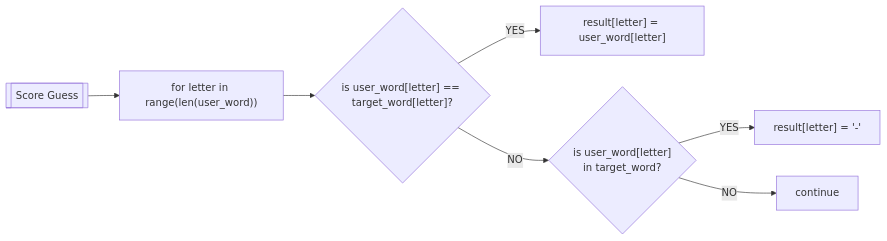
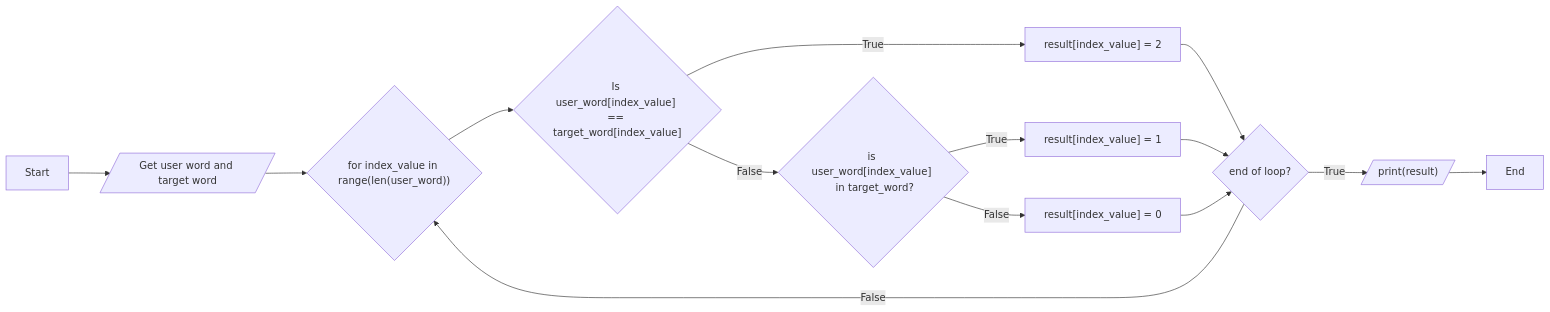
Before and after one commit to tumbleboy/wordle-game: the second of 2 diagrams in readme.md, drawn with Mermaid.

Commit message:
updated scoring algo.

````diff
--- a/readme.md
+++ b/readme.md
@@ -34,9 +34,14 @@
 ```mermaid
+
 flowchart LR
-    A[[Score Guess]] --> B["for letter in range(len(user_word))"]
-    B --> C{"is user_word[letter] == target_word[letter]?"}
-    C --> |YES| D["result[letter] = user_word[letter]"]
-    C --> |NO| E{"is user_word[letter] <br/> in target_word?"}
-    E --> |YES| F["result[letter] = '-'"]
-    E --> |NO| G[continue]
+    Start --> A
+    A[/Get user word and target word/] --> B{"for index_value in range(len(user_word))"}
+    B --> C{"Is user_word[index_value] == \ntarget_word[index_value]"}
+    C --> |True| D["result[index_value] = 2"] --> Z
+    C --> |False| E{"is user_word[index_value] <br/> in target_word?"}
+    E --> |True| F["result[index_value] = 1"] --> Z
+    E --> |False| G["result[index_value] = 0"] --> Z
+    Z{"end of loop?"} --> |False| B
+    Z --> |True| Y[/"print(result)"/] --> X
+    X[End]
 ```
````
